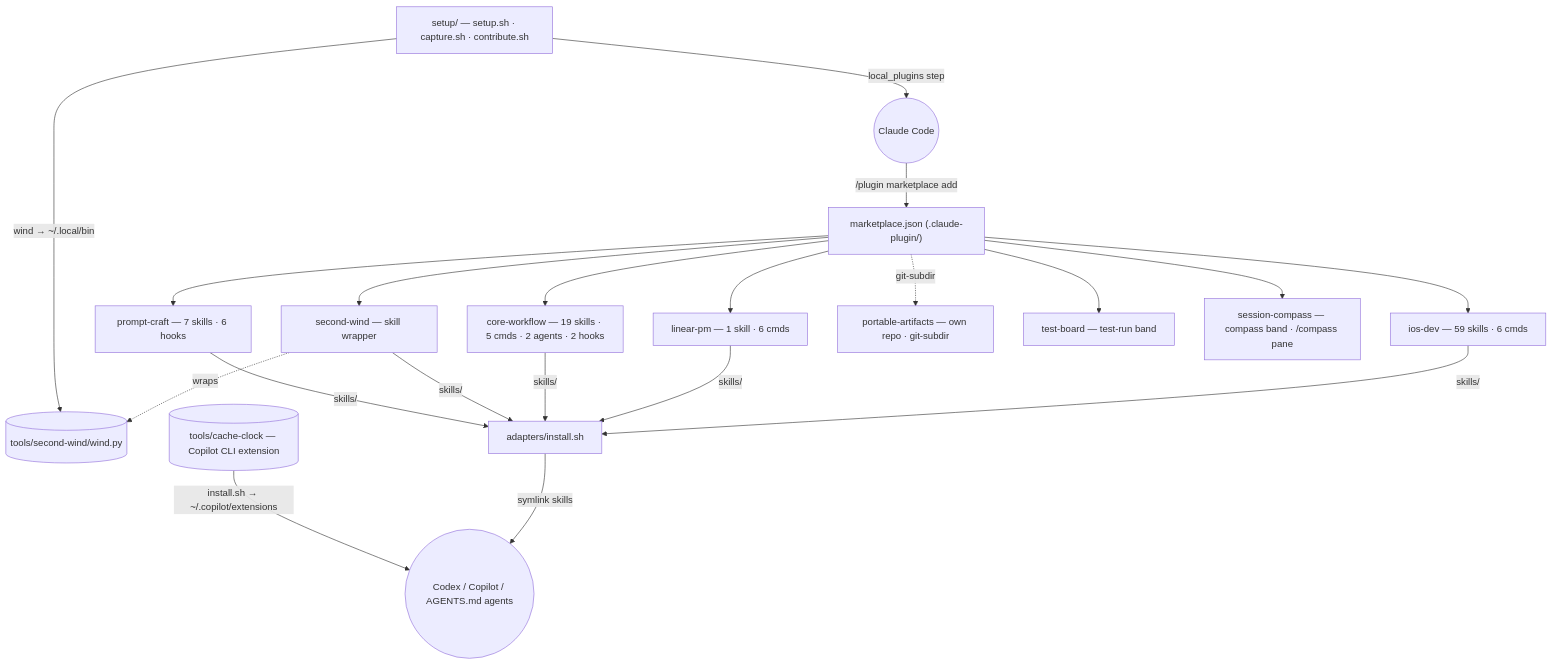
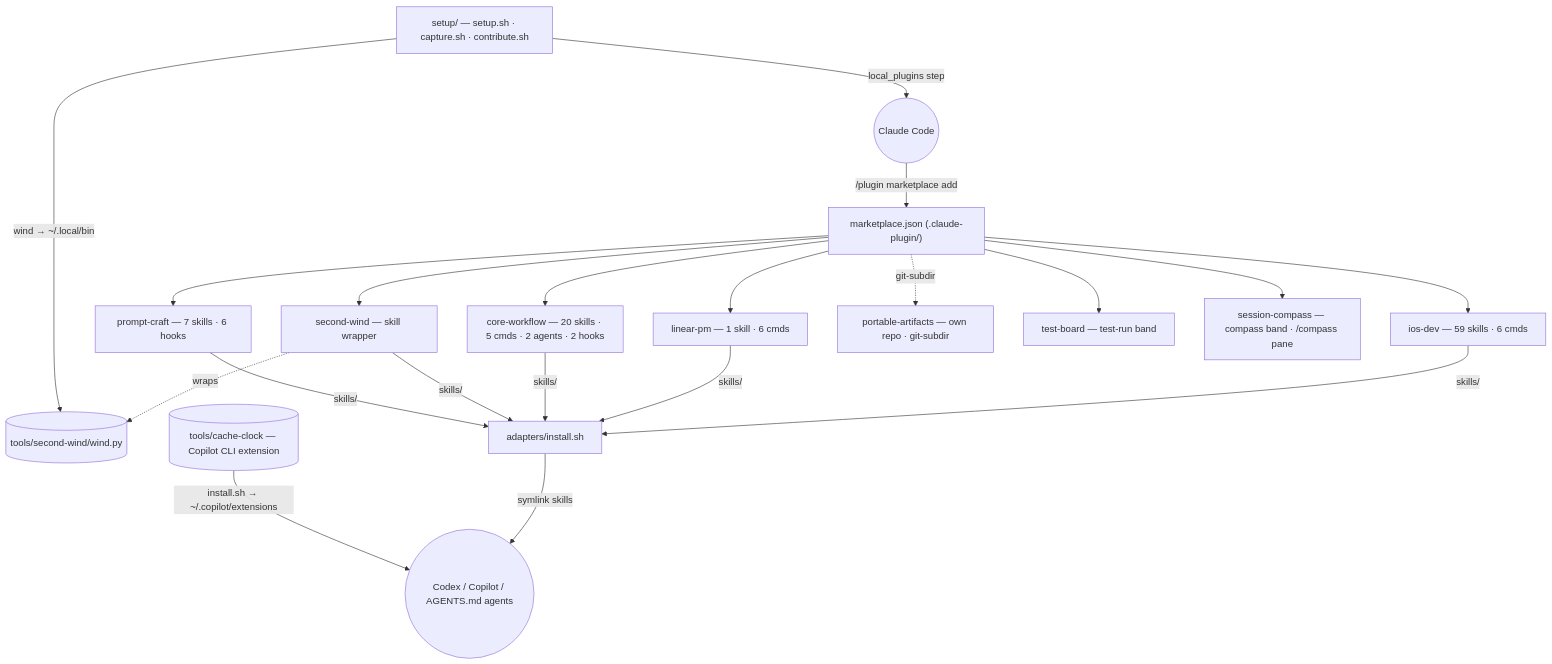
Before and after one commit to abhijitbansal/claude-skills: the diagram in docs/architecture.md, drawn with Mermaid. The commit also changed other lines of this file and 25 other files, not shown here.

````diff
--- a/docs/architecture.md
+++ b/docs/architecture.md
@@ -15,28 +15,28 @@
 ```mermaid
 flowchart TD
   MP["marketplace.json (.claude-plugin/)"]
   IOS["ios-dev — 59 skills · 6 cmds"]
   LIN["linear-pm — 1 skill · 6 cmds"]
-  CW["core-workflow — 19 skills · 5 cmds · 2 agents · 2 hooks"]
+  CW["core-workflow — 20 skills · 5 cmds · 2 agents · 2 hooks"]
   SW["second-wind — skill wrapper"]
   PC["prompt-craft — 7 skills · 6 hooks"]
   PA["portable-artifacts — own repo · git-subdir"]
   TB["test-board — test-run band"]
   SC["session-compass — compass band · /compass pane"]
   WIND[("tools/second-wind/wind.py")]
   CCLK[("tools/cache-clock — Copilot CLI extension")]
   AD["adapters/install.sh"]
   SEED["setup/ — setup.sh · capture.sh · contribute.sh"]
   CC(("Claude Code"))
   OTHER(("Codex / Copilot / AGENTS.md agents"))
 
   MP --> IOS & LIN & CW & SW & PC & TB & SC
   MP -.->|git-subdir| PA
   SW -.->|wraps| WIND
   CC -->|"/plugin marketplace add"| MP
   SEED -->|local_plugins step| CC
   SEED -->|"wind → ~/.local/bin"| WIND
   AD -->|symlink skills| OTHER
   CCLK -->|"install.sh → ~/.copilot/extensions"| OTHER
   IOS & LIN & CW & SW & PC -->|skills/| AD
 ```
````
